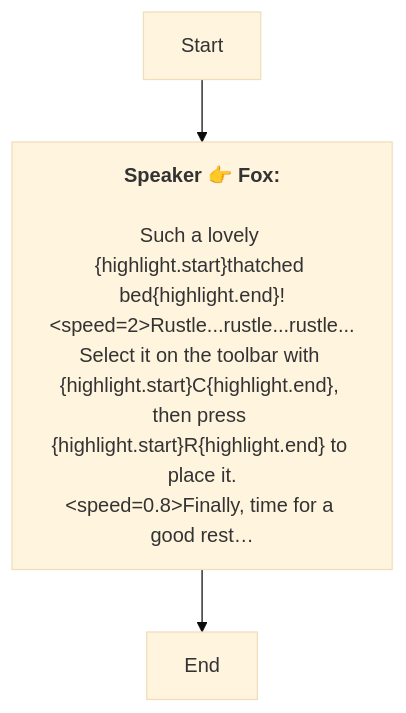
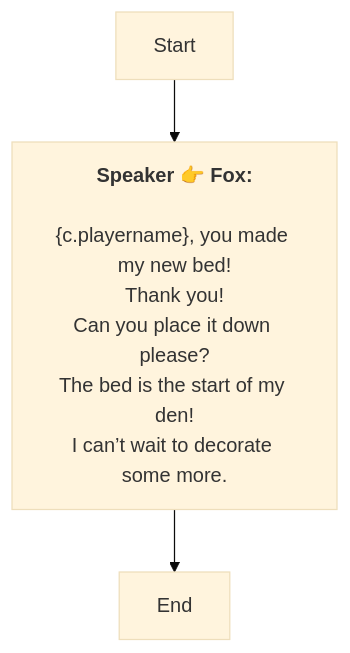
One commit to SoftHu/tos_avg changed the diagram in En/QuestStartTalkENode_1741804102115683.md. Above: the diagram before and after it, drawn with Mermaid (base theme). The commit also changed 780 other files, not shown here.

````diff
--- a/En/QuestStartTalkENode_1741804102115683.md
+++ b/En/QuestStartTalkENode_1741804102115683.md
@@ -1,8 +1,10 @@
 ```mermaid
 graph
 Start -->1741804137167206[<b>Speaker 👉 Fox:</b>
-\nSuch a lovely &lbrace;highlight.start&rbrace;thatched bed&lbrace;highlight.end&rbrace;!
-&lt;speed=2&gt;Rustle...rustle...rustle...\nSelect it on the toolbar with &lbrace;highlight.start&rbrace;C&lbrace;highlight.end&rbrace;, then press &lbrace;highlight.start&rbrace;R&lbrace;highlight.end&rbrace; to place it.\n&lt;speed=0.8&gt;Finally, time for a good rest…]
+\n&lbrace;c.playername&rbrace;, you made my new bed!
+Thank you!\nCan you place it down please?
+The bed is the start of my den!
+I can’t wait to decorate some more.]
 1741804137167206 -->1741804234604903[End]
 
 ```
````
